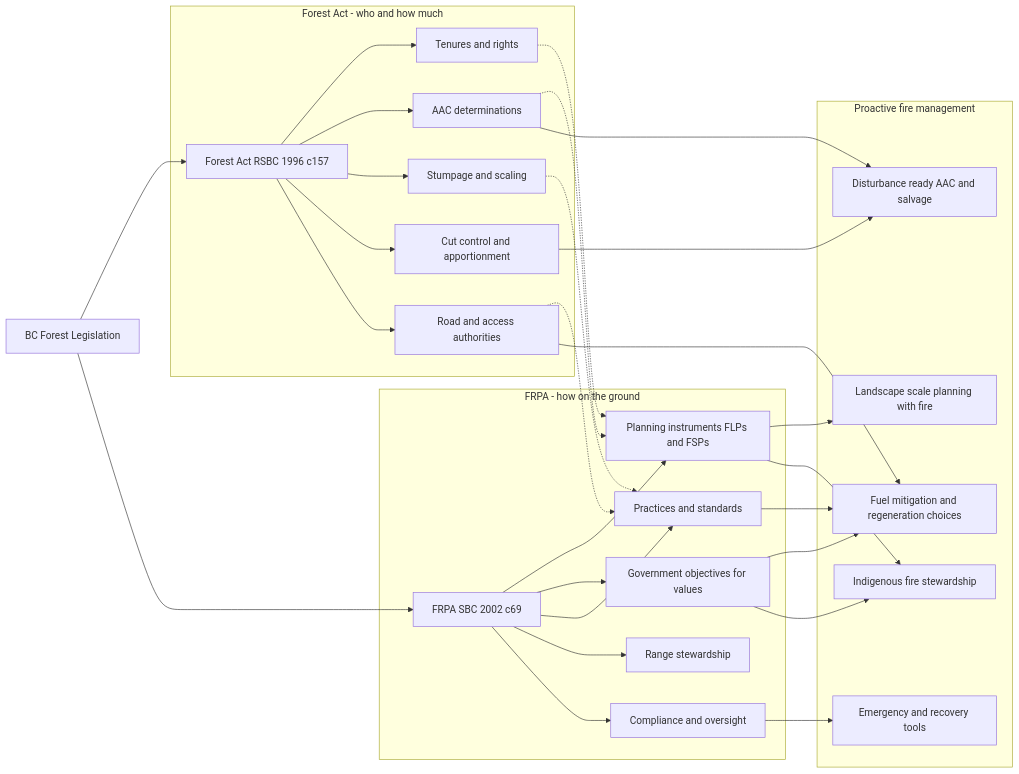
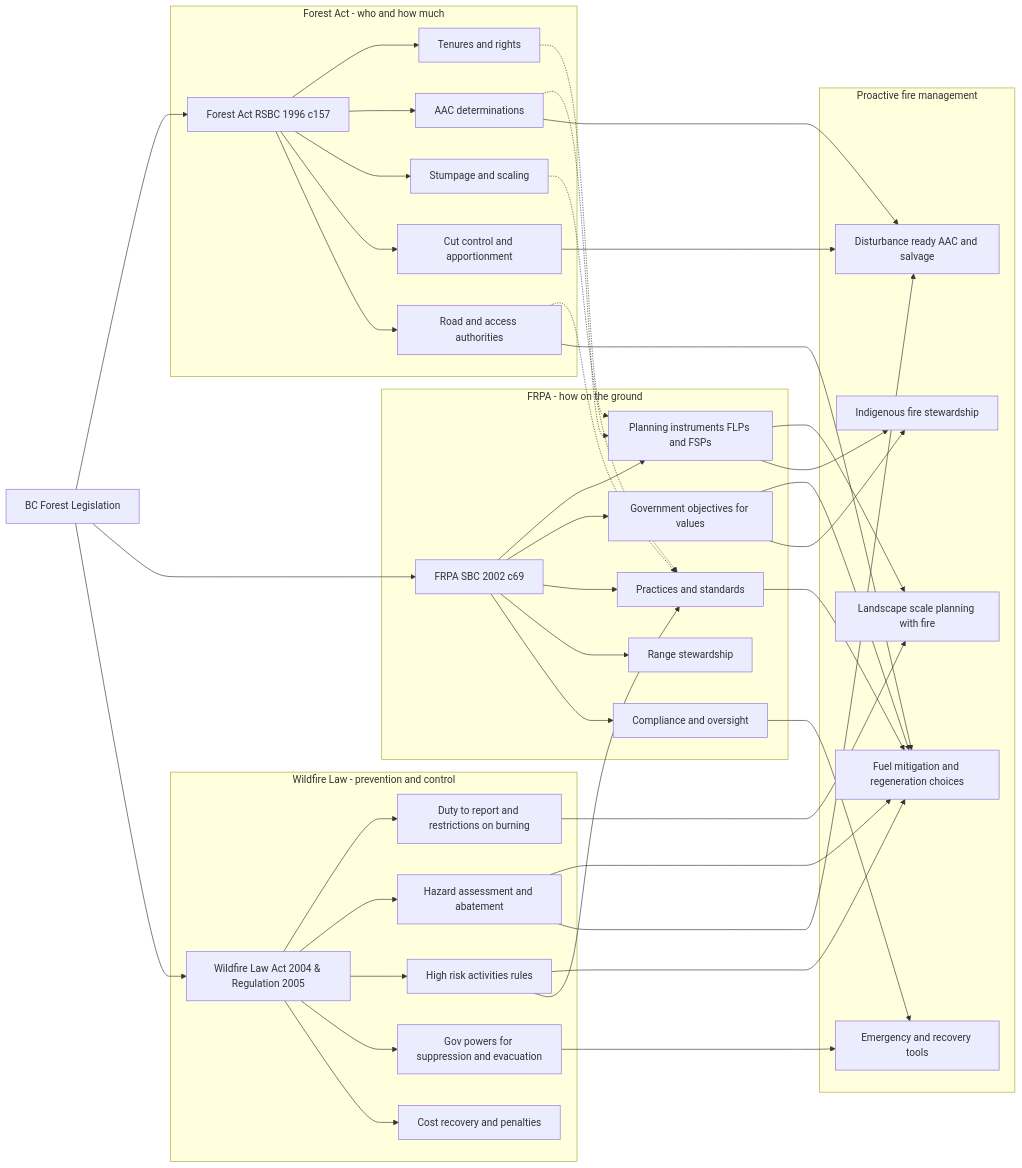
The diagram in markdown/forest-acts-summary.md (UBC-FRESH/frst521), drawn with Mermaid before and after one commit. The commit also changed other lines of this file and 1 other file, not shown here.

Commit message:
edits and cleanup, diagrams and links good now

````diff
--- a/markdown/forest-acts-summary.md
+++ b/markdown/forest-acts-summary.md
@@ -68,44 +109,61 @@
 ```mermaid
 graph LR
   A[BC Forest Legislation] --> B[Forest Act RSBC 1996 c157]
   A --> C[FRPA SBC 2002 c69]
+  A --> D[Wildfire Law Act 2004 & Regulation 2005]
 
   subgraph FA[Forest Act - who and how much]
     B --> B1[Tenures and rights]
     B --> B2[AAC determinations]
     B --> B3[Stumpage and scaling]
     B --> B4[Cut control and apportionment]
     B --> B5[Road and access authorities]
   end
 
   subgraph FR[FRPA - how on the ground]
     C --> C1[Planning instruments FLPs and FSPs]
     C --> C2[Government objectives for values]
     C --> C3[Practices and standards]
     C --> C4[Range stewardship]
     C --> C5[Compliance and oversight]
+  end
+
+  subgraph WF[Wildfire Law - prevention and control]
+    D --> D1[Duty to report and restrictions on burning]
+    D --> D2[Hazard assessment and abatement]
+    D --> D3[High risk activities rules]
+    D --> D4[Gov powers for suppression and evacuation]
+    D --> D5[Cost recovery and penalties]
   end
 
   B1 -.-> C1
   B2 -.-> C1
   B3 -.-> C3
   B5 -.-> C3
 
   subgraph PF[Proactive fire management]
     F1[Landscape scale planning with fire]
     F2[Indigenous fire stewardship]
     F3[Disturbance ready AAC and salvage]
     F4[Fuel mitigation and regeneration choices]
     F5[Emergency and recovery tools]
   end
 
   C1 --> F1
   C2 --> F4
   C3 --> F4
   C5 --> F5
   B2 --> F3
   B4 --> F3
   B5 --> F4
   C1 --> F2
   C2 --> F2
+
+  %% wildfire law connections
+  D1 --> F1
+  D2 --> F4
+  D3 --> F4
+  D4 --> F5
+  D2 --> F3
+  D3 --> C3
 ```
````
